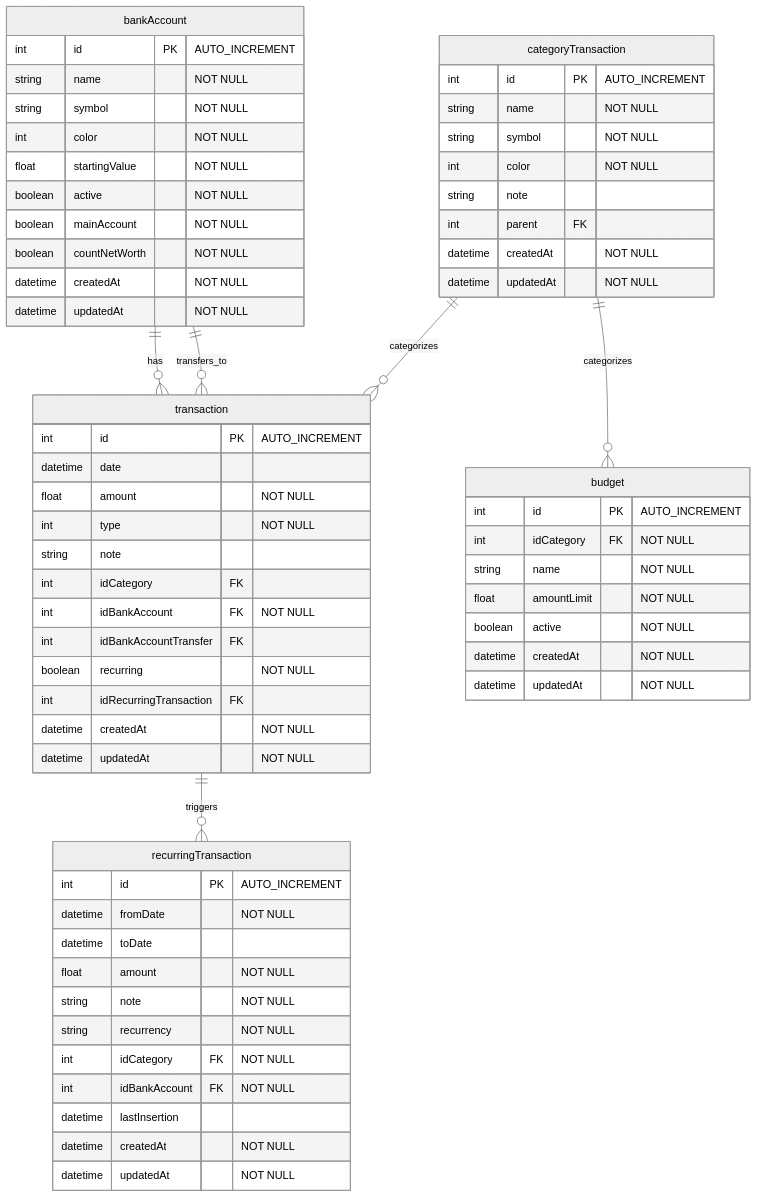
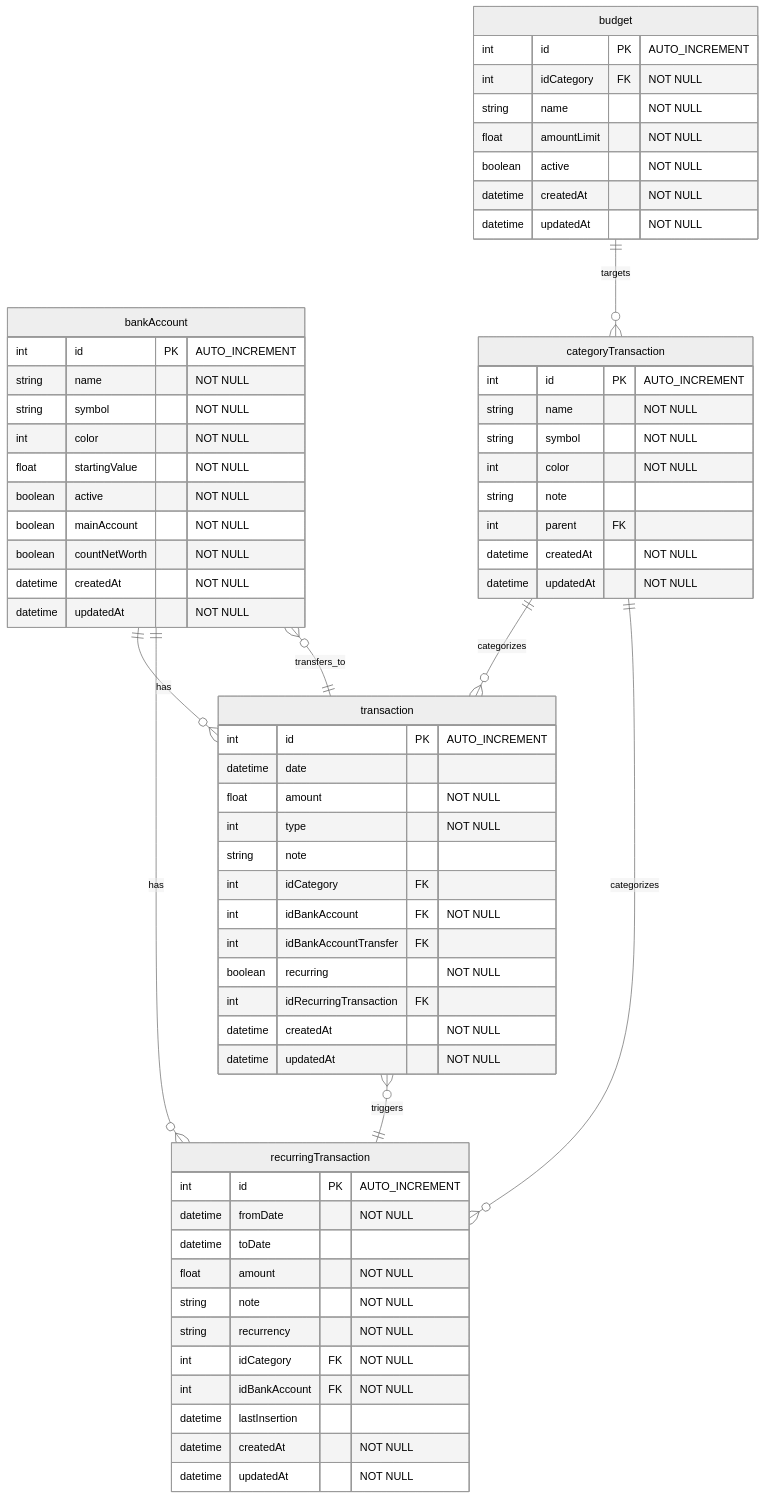
One commit to RIP-Comm/sossoldi changed the first of 2 diagrams in docs/database/database-diagram.md. Above: the diagram before and after it, drawn with Mermaid (neutral theme). The commit also changed other lines of this file, not shown here.

Commit message:
Improve relationship in the database documentation diagram
Fix relatrionship in diagram

fix

fix relationship

````diff
--- a/docs/database/database-diagram.md
+++ b/docs/database/database-diagram.md
@@ -8,72 +12,74 @@
 ```mermaid
 erDiagram
     bankAccount ||--o{ transaction : has
-    bankAccount ||--o{ transaction : transfers_to
+    transaction ||--o{ bankAccount : transfers_to
     categoryTransaction ||--o{ transaction : categorizes
-    transaction ||--o{ recurringTransaction : triggers
-    categoryTransaction ||--o{ budget : categorizes
+    transaction }o--|| recurringTransaction : triggers
+    categoryTransaction ||--o{ recurringTransaction : categorizes
+    bankAccount ||--o{ recurringTransaction : has
+    budget ||--o{ categoryTransaction : targets
 
     bankAccount {
         int id PK "AUTO_INCREMENT"
         string name "NOT NULL"
         string symbol "NOT NULL"
         int color "NOT NULL"
         float startingValue "NOT NULL"
         boolean active "NOT NULL"
         boolean mainAccount "NOT NULL"
         boolean countNetWorth "NOT NULL"
         datetime createdAt "NOT NULL"
         datetime updatedAt "NOT NULL"
     }
 
     transaction {
         int id PK "AUTO_INCREMENT"
         datetime date
         float amount "NOT NULL"
         int type "NOT NULL"
         string note
         int idCategory FK
         int idBankAccount FK "NOT NULL"
         int idBankAccountTransfer FK
         boolean recurring "NOT NULL"
         int idRecurringTransaction FK
         datetime createdAt "NOT NULL"
         datetime updatedAt "NOT NULL"
     }
 
     recurringTransaction {
         int id PK "AUTO_INCREMENT"
         datetime fromDate "NOT NULL"
         datetime toDate
         float amount "NOT NULL"
         string note "NOT NULL"
         string recurrency "NOT NULL"
         int idCategory FK "NOT NULL"
         int idBankAccount FK "NOT NULL"
         datetime lastInsertion
         datetime createdAt "NOT NULL"
         datetime updatedAt "NOT NULL"
     }
 
     categoryTransaction {
         int id PK "AUTO_INCREMENT"
         string name "NOT NULL"
         string symbol "NOT NULL"
         int color "NOT NULL"
         string note
         int parent FK
         datetime createdAt "NOT NULL"
         datetime updatedAt "NOT NULL"
     }
 
     budget {
         int id PK "AUTO_INCREMENT"
         int idCategory FK "NOT NULL"
         string name "NOT NULL"
         float amountLimit "NOT NULL"
         boolean active "NOT NULL"
         datetime createdAt "NOT NULL"
         datetime updatedAt "NOT NULL"
     }
 
 ```
````
